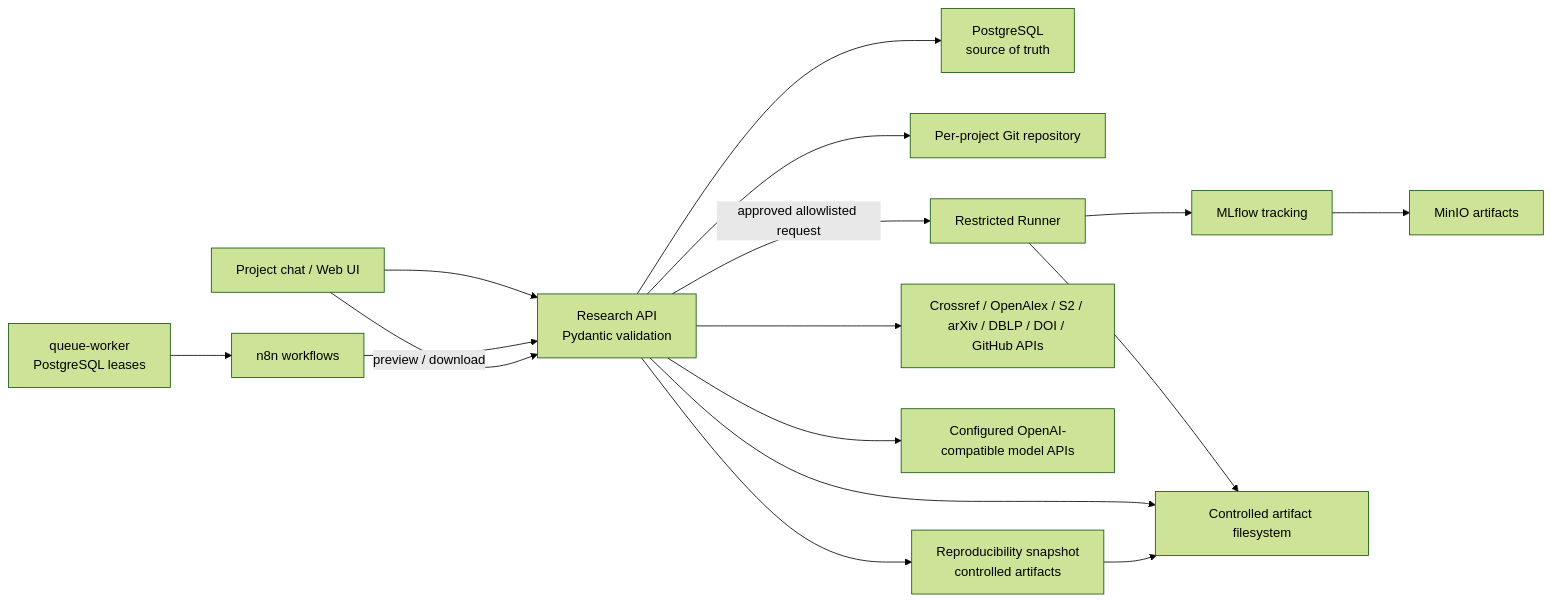
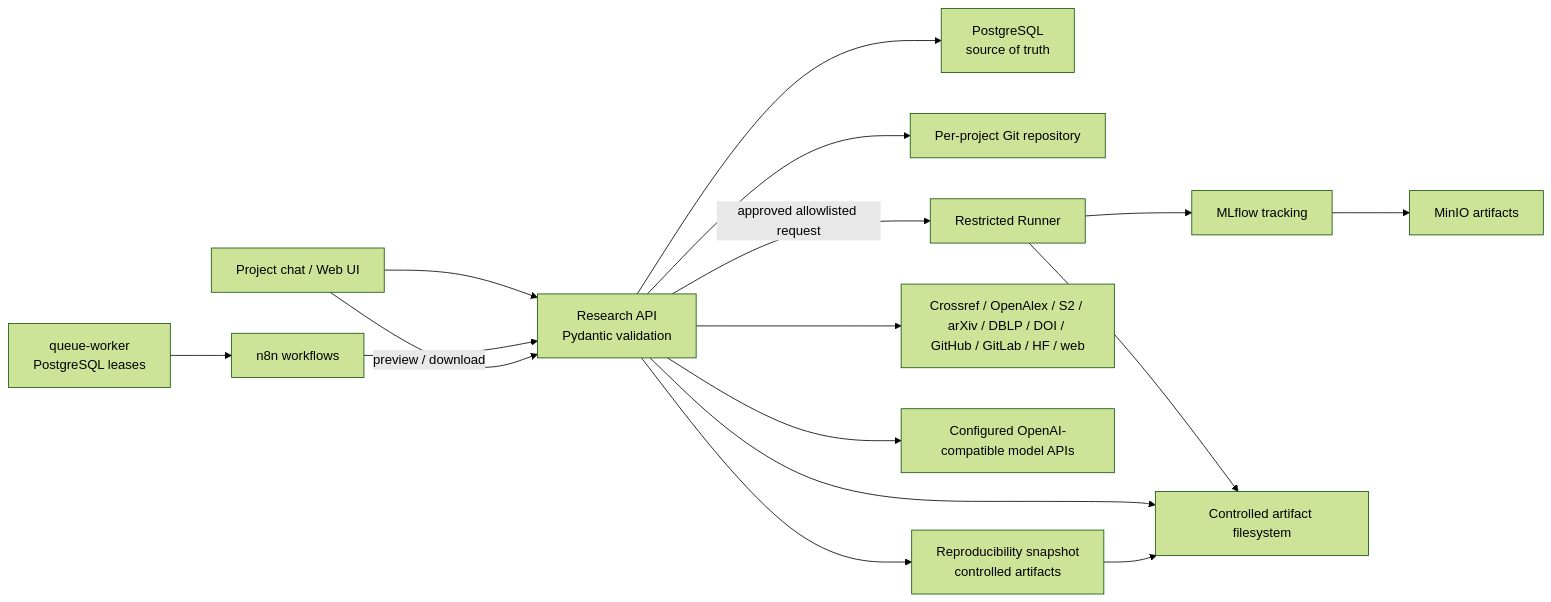
Before and after one commit to Karbo123/ResearchOS: the diagram in docs/architecture.md, drawn with Mermaid (forest theme). The commit also changed other lines of this file and 11 other files, not shown here.

````diff
--- a/docs/architecture.md
+++ b/docs/architecture.md
@@ -3,18 +3,18 @@
 ```mermaid
 flowchart LR
   U["Project chat / Web UI"] --> API["Research API\nPydantic validation"]
   N["n8n workflows"] --> API
   Q["queue-worker\nPostgreSQL leases"] --> N
   API --> PG["PostgreSQL\nsource of truth"]
   API --> GIT["Per-project Git repository"]
   API --> SNAP["Reproducibility snapshot\ncontrolled artifacts"]
-  API --> EXT["Crossref / OpenAlex / S2 / arXiv / DBLP / DOI / GitHub APIs"]
+  API --> EXT["Crossref / OpenAlex / S2 / arXiv / DBLP / DOI / GitHub / GitLab / HF / web"]
   API --> MODEL["Configured OpenAI-compatible model APIs"]
   API -->|"approved allowlisted request"| RUN["Restricted Runner"]
   RUN --> MLF["MLflow tracking"]
   MLF --> MINIO["MinIO artifacts"]
   RUN --> FS["Controlled artifact filesystem"]
   API --> FS
   SNAP --> FS
   U -->|"preview / download"| API
 ```
````
